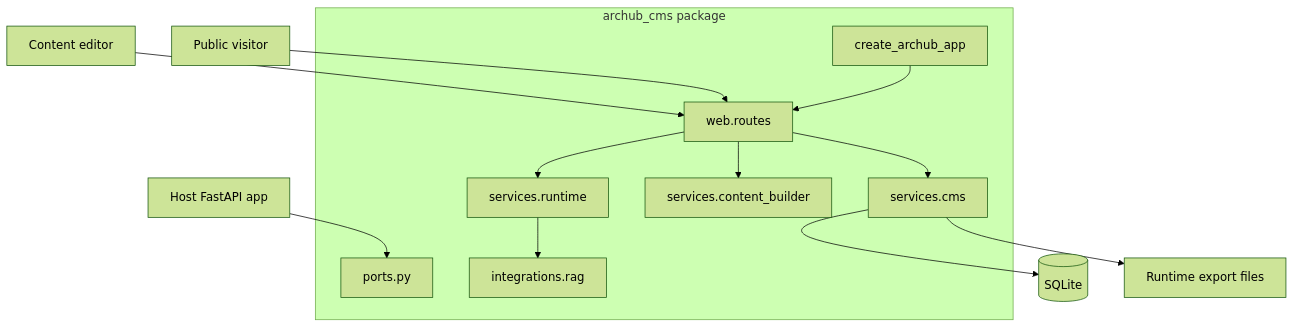
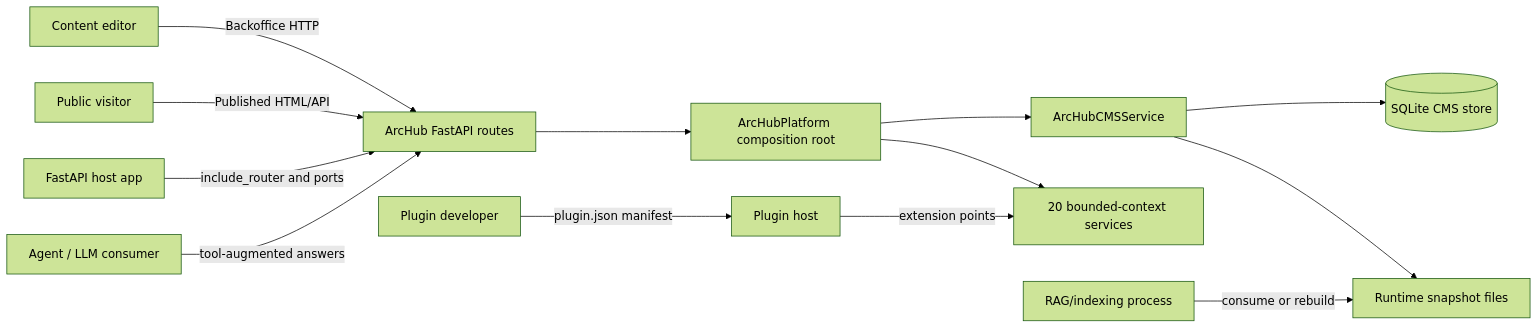
Before and after one commit to kotenev/archub_cms: the first of 3 diagrams in docs/architecture/diagrams.md, drawn with Mermaid (forest theme). The commit also changed other lines of this file and 58 other files, not shown here.

````diff
--- a/docs/architecture/diagrams.md
+++ b/docs/architecture/diagrams.md
@@ -32,23 +34,15 @@
 ```mermaid
-flowchart TB
-    subgraph Package[archub_cms package]
-        App[create_archub_app]
-        Routes[web.routes]
-        CMS[services.cms]
-        Builder[services.content_builder]
-        Runtime[services.runtime]
-        Ports[ports.py]
-        RAG[integrations.rag]
-    end
-
-    Editor[Content editor] --> Routes
-    Visitor[Public visitor] --> Routes
-    Host[Host FastAPI app] --> Ports
-    App --> Routes
-    Routes --> CMS
-    Routes --> Builder
-    Routes --> Runtime
-    Runtime --> RAG
-    CMS --> DB[(SQLite)]
-    CMS --> Files[Runtime export files]
+flowchart LR
+    editor[Content editor] -->|Backoffice HTTP| routes[ArcHub FastAPI routes]
+    visitor[Public visitor] -->|Published HTML/API| routes
+    host[FastAPI host app] -->|include_router and ports| routes
+    plugin_dev[Plugin developer] -->|plugin.json manifest| plugins[Plugin host]
+    routes --> platform[ArcHubPlatform composition root]
+    platform --> cms[ArcHubCMSService]
+    platform --> contexts[20 bounded-context services]
+    cms --> sqlite[(SQLite CMS store)]
+    cms --> runtime[Runtime snapshot files]
+    rag[RAG/indexing process] -->|consume or rebuild| runtime
+    plugins -->|extension points| contexts
+    agent[Agent / LLM consumer] -->|tool-augmented answers| routes
 ```
````
